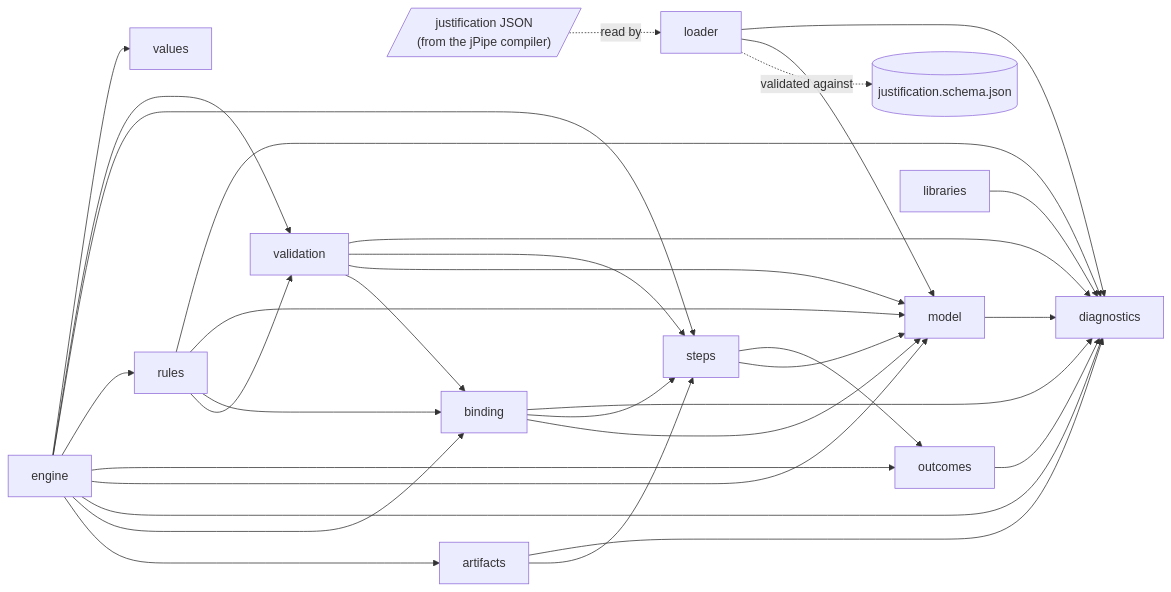
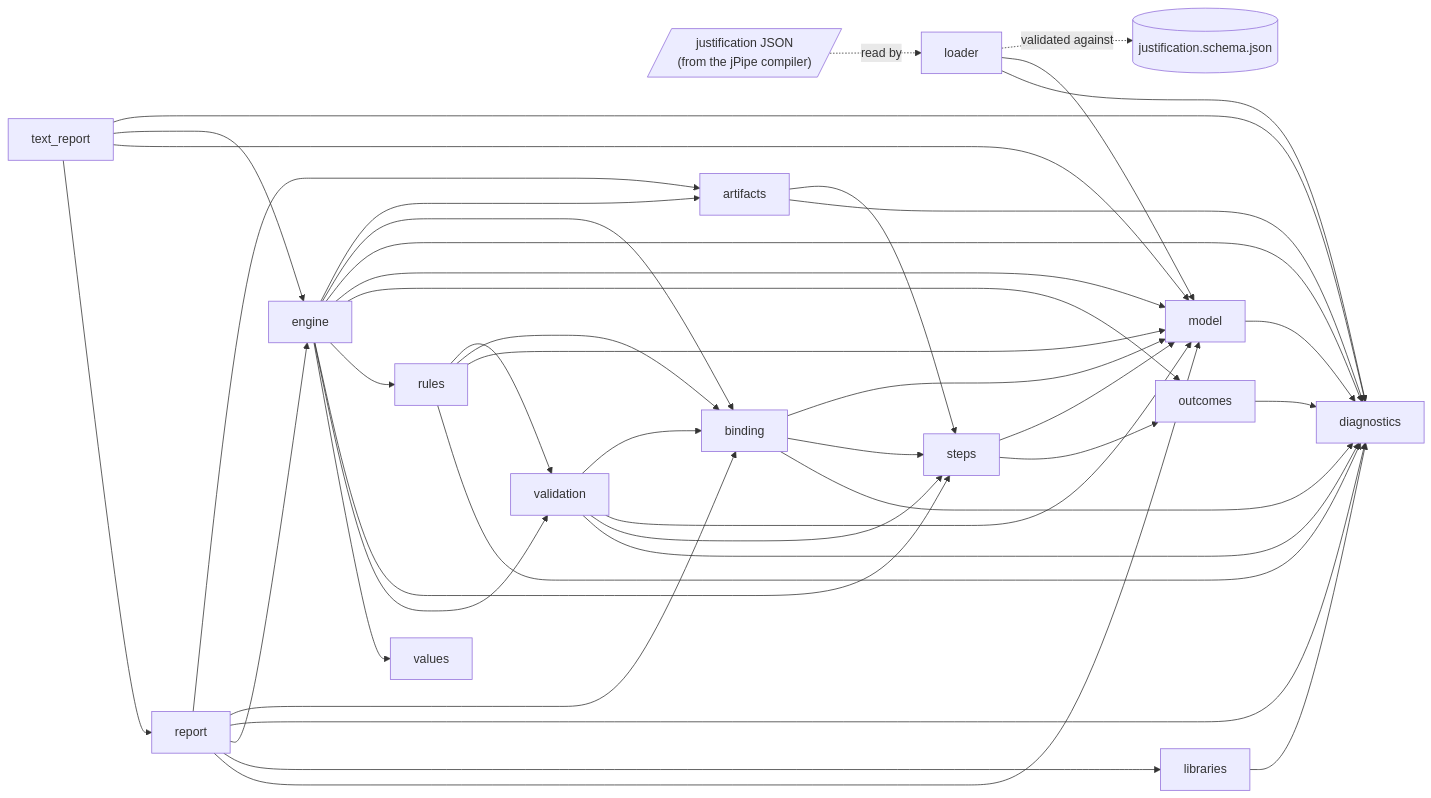
The first of 2 diagrams in docs/design.md (jpipe-mcscert/jpipe-runner), drawn with Mermaid before and after one commit. The commit also changed other lines of this file and 14 other files, not shown here.

````diff
--- a/docs/design.md
+++ b/docs/design.md
@@ -8,38 +8,48 @@
 ```mermaid
 flowchart LR
     json[/"justification JSON<br>(from the jPipe compiler)"/]
     schema[("justification.schema.json")]
 
     json -.->|read by| loader
     loader -.->|validated against| schema
     loader --> model
     loader --> diagnostics
     model --> diagnostics
     outcomes --> diagnostics
     steps --> model
     steps --> outcomes
     values[values]
     binding --> model
     binding --> steps
     binding --> diagnostics
     validation --> binding
     validation --> model
     validation --> steps
     validation --> diagnostics
     rules --> validation
     rules --> binding
     rules --> model
     rules --> diagnostics
     artifacts --> steps
     artifacts --> diagnostics
     libraries --> diagnostics
     engine --> artifacts
     engine --> binding
     engine --> diagnostics
     engine --> model
     engine --> outcomes
     engine --> rules
     engine --> steps
     engine --> validation
     engine --> values
+    report --> artifacts
+    report --> binding
+    report --> diagnostics
+    report --> engine
+    report --> libraries
+    report --> model
+    text_report --> diagnostics
+    text_report --> engine
+    text_report --> model
+    text_report --> report
 ```
````
